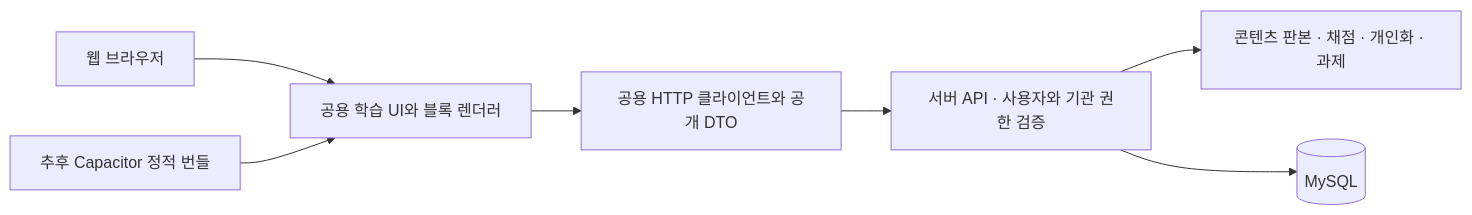
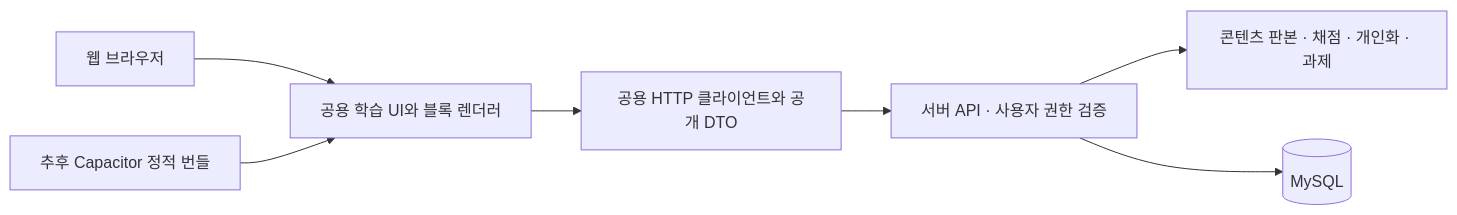
One commit to team-campfire-dev/geunyang-math changed the diagram in docs/mobile-architecture.md. Above: the diagram before and after it, drawn with Mermaid. The commit also changed other lines of this file and 7 other files, not shown here.

````diff
--- a/docs/mobile-architecture.md
+++ b/docs/mobile-architecture.md
@@ -5,9 +7,9 @@
 ```mermaid
 flowchart LR
   WEB[웹 브라우저] --> UI[공용 학습 UI와 블록 렌더러]
   APP[추후 Capacitor 정적 번들] --> UI
   UI --> HTTP[공용 HTTP 클라이언트와 공개 DTO]
-  HTTP --> API[서버 API · 사용자와 기관 권한 검증]
+  HTTP --> API[서버 API · 사용자 권한 검증]
   API --> CORE[콘텐츠 판본 · 채점 · 개인화 · 과제]
   API --> DB[(MySQL)]
 ```
````
